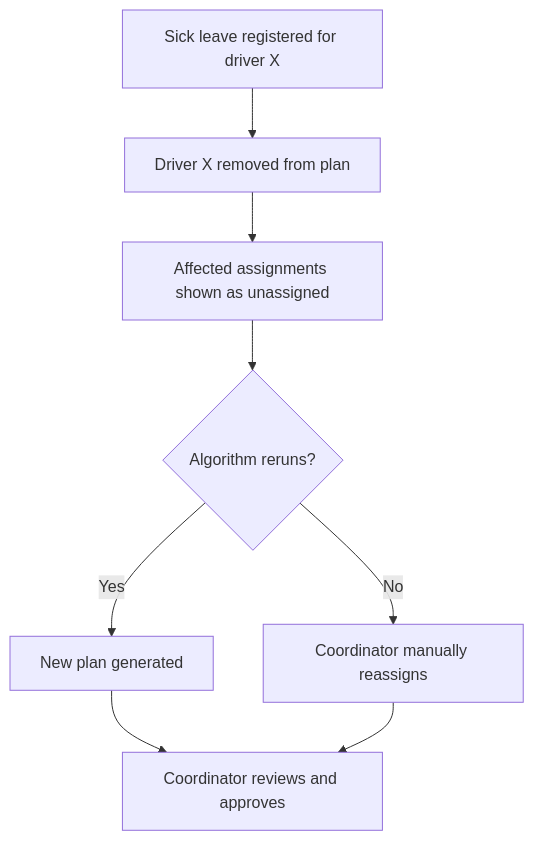
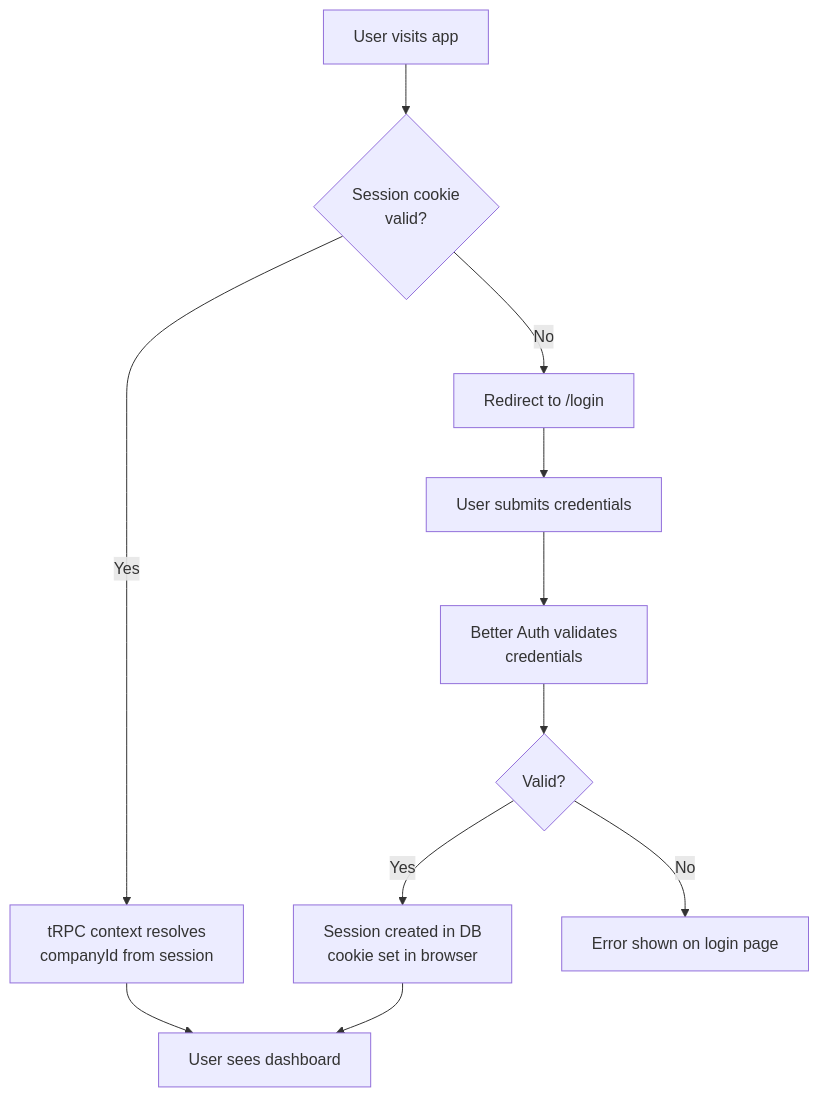
One commit to Embretr/bachelor changed the fifth of 5 diagrams in context/docs/tech/flow-diagrams.md. Above: the diagram before and after it, drawn with Mermaid. The commit also changed other lines of this file and 10 other files, not shown here.

````diff
--- a/context/docs/tech/flow-diagrams.md
+++ b/context/docs/tech/flow-diagrams.md
@@ -59,10 +93,13 @@
 ```mermaid
 flowchart TD
-    A[Sick leave registered for driver X] --> B[Driver X removed from plan]
-    B --> C[Affected assignments shown as unassigned]
-    C --> D{Algorithm reruns?}
-    D -->|Yes| E[New plan generated]
-    D -->|No| F[Coordinator manually reassigns]
-    E --> G[Coordinator reviews and approves]
-    F --> G
+    A[User visits app] --> B{Session cookie\nvalid?}
+    B -->|Yes| C[tRPC context resolves\ncompanyId from session]
+    C --> D[User sees dashboard]
+    B -->|No| E[Redirect to /login]
+    E --> F[User submits credentials]
+    F --> G[Better Auth validates\ncredentials]
+    G --> H{Valid?}
+    H -->|Yes| I[Session created in DB\ncookie set in browser]
+    I --> D
+    H -->|No| J[Error shown on login page]
 ```
````
